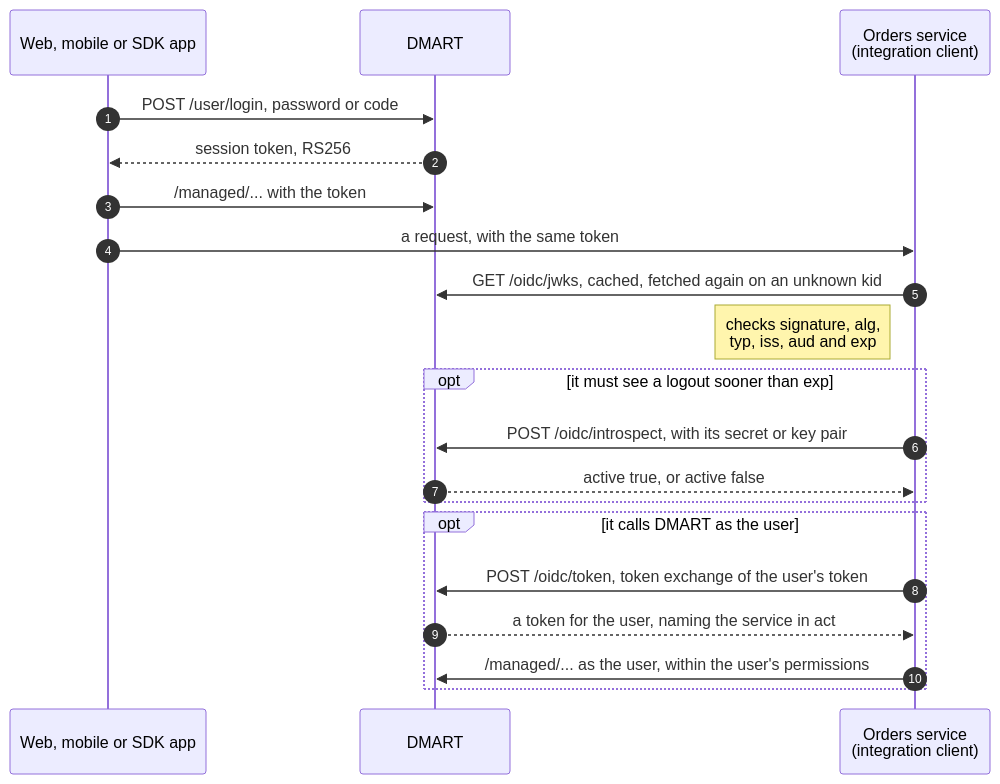
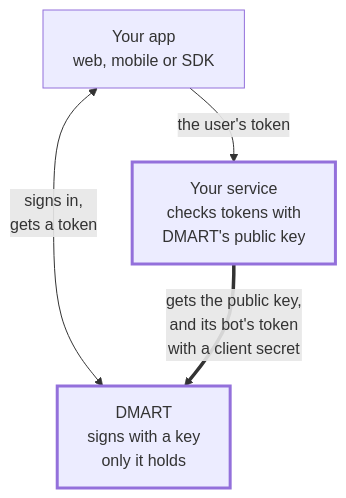
The second of 2 diagrams in pack/space/pages/api_docs.md (edraj/website), drawn with Mermaid before and after one commit. The commit also changed other lines of this file and 1 other file, not shown here.

````diff
--- a/pack/space/pages/api_docs.md
+++ b/pack/space/pages/api_docs.md
@@ -837,22 +829,10 @@
 ```mermaid
-sequenceDiagram
-    autonumber
-    participant App as Web, mobile or SDK app
-    participant D as DMART
-    participant Svc as Orders service<br/>(integration client)
-    App->>D: POST /user/login, password or code
-    D-->>App: session token, RS256
-    App->>D: /managed/... with the token
-    App->>Svc: a request, with the same token
-    Svc->>D: GET /oidc/jwks, cached, fetched again on an unknown kid
-    Note left of Svc: checks signature, alg,<br/>typ, iss, aud and exp
-    opt it must see a logout sooner than exp
-        Svc->>D: POST /oidc/introspect, with its secret or key pair
-        D-->>Svc: active true, or active false
-    end
-    opt it calls DMART as the user
-        Svc->>D: POST /oidc/token, token exchange of the user's token
-        D-->>Svc: a token for the user, naming the service in act
-        Svc->>D: /managed/... as the user, within the user's permissions
-    end
+flowchart TB
+    App["Your app<br/>web, mobile or SDK"]
+    Svc["Your service<br/>checks tokens with<br/>DMART's public key"]:::changed
+    D["DMART<br/>signs with a key<br/>only it holds"]:::changed
+    App <-->|"signs in,<br/>gets a token"| D
+    App -->|"the user's token"| Svc
+    Svc ==>|"gets the public key,<br/>and its bot's token<br/>with a client secret"| D
+    classDef changed stroke-width:3px
 ```
````
